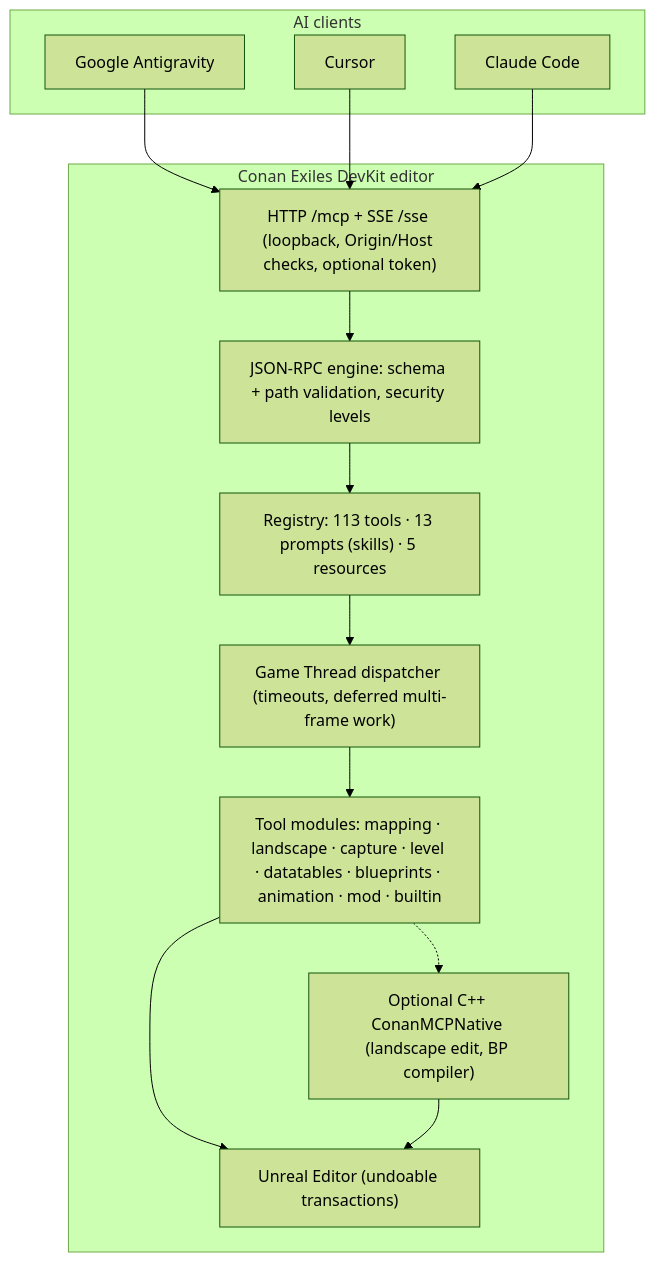
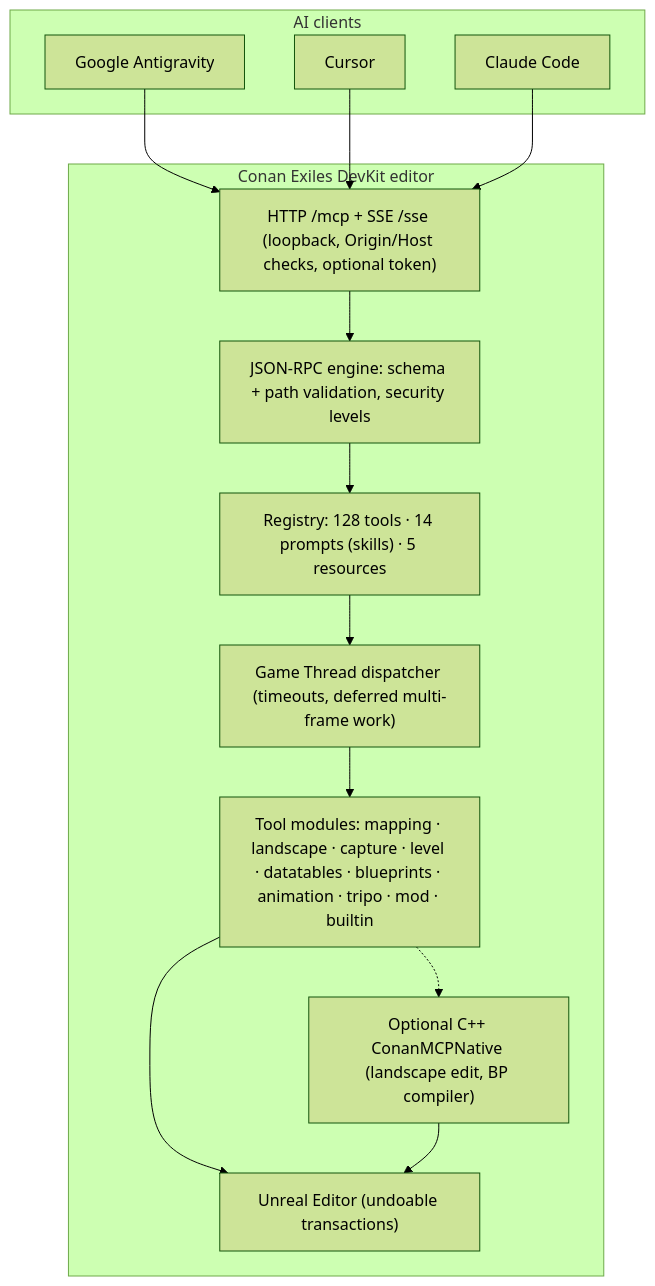
One commit to eneko3d-code/Conan-MCP changed the diagram in README.md. Above: the diagram before and after it, drawn with Mermaid (forest theme). The commit also changed other lines of this file and 22 other files, not shown here.

````diff
--- a/README.md
+++ b/README.md
@@ -236,21 +247,21 @@
 ```mermaid
 graph TD
     subgraph "AI clients"
         AG[Google Antigravity]
         CR[Cursor]
         CC[Claude Code]
     end
 
     subgraph "Conan Exiles DevKit editor"
         T["HTTP /mcp + SSE /sse (loopback, Origin/Host checks, optional token)"]
         P["JSON-RPC engine: schema + path validation, security levels"]
-        R["Registry: 113 tools · 13 prompts (skills) · 5 resources"]
+        R["Registry: 128 tools · 14 prompts (skills) · 5 resources"]
         D["Game Thread dispatcher (timeouts, deferred multi-frame work)"]
-        TL["Tool modules: mapping · landscape · capture · level · datatables · blueprints · animation · mod · builtin"]
+        TL["Tool modules: mapping · landscape · capture · level · datatables · blueprints · animation · tripo · mod · builtin"]
         N["Optional C++ ConanMCPNative (landscape edit, BP compiler)"]
         E["Unreal Editor (undoable transactions)"]
     end
 
     AG & CR & CC --> T --> P --> R --> D --> TL --> E
     TL -.-> N --> E
 ```
````
